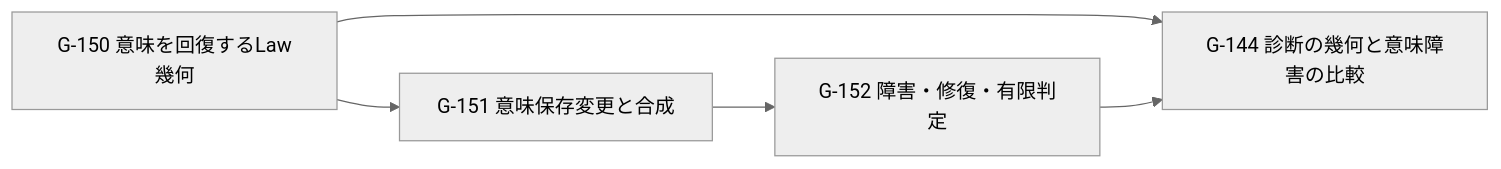
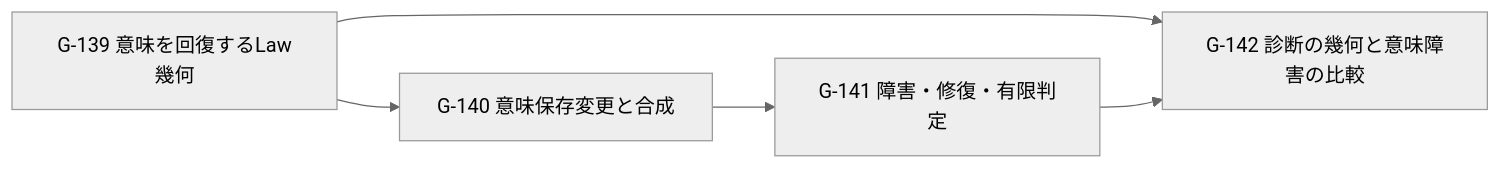
The diagram in docs/note/n1020_shigure_polynomial_specializations.md (iroha1203/AlgebraicArchitectureTheoryV2), drawn with Mermaid (neutral theme) before and after one commit. The commit also changed other lines of this file and 6 other files, not shown here.

````diff
--- a/docs/note/n1020_shigure_polynomial_specializations.md
+++ b/docs/note/n1020_shigure_polynomial_specializations.md
@@ -346,7 +346,7 @@
 ```mermaid
 flowchart LR
-  A[G-150 意味を回復するLaw幾何] --> B[G-151 意味保存変更と合成]
-  B --> C[G-152 障害・修復・有限判定]
-  A --> D[G-144 診断の幾何と意味障害の比較]
+  A[G-139 意味を回復するLaw幾何] --> B[G-140 意味保存変更と合成]
+  B --> C[G-141 障害・修復・有限判定]
+  A --> D[G-142 診断の幾何と意味障害の比較]
   C --> D
 ```
````
